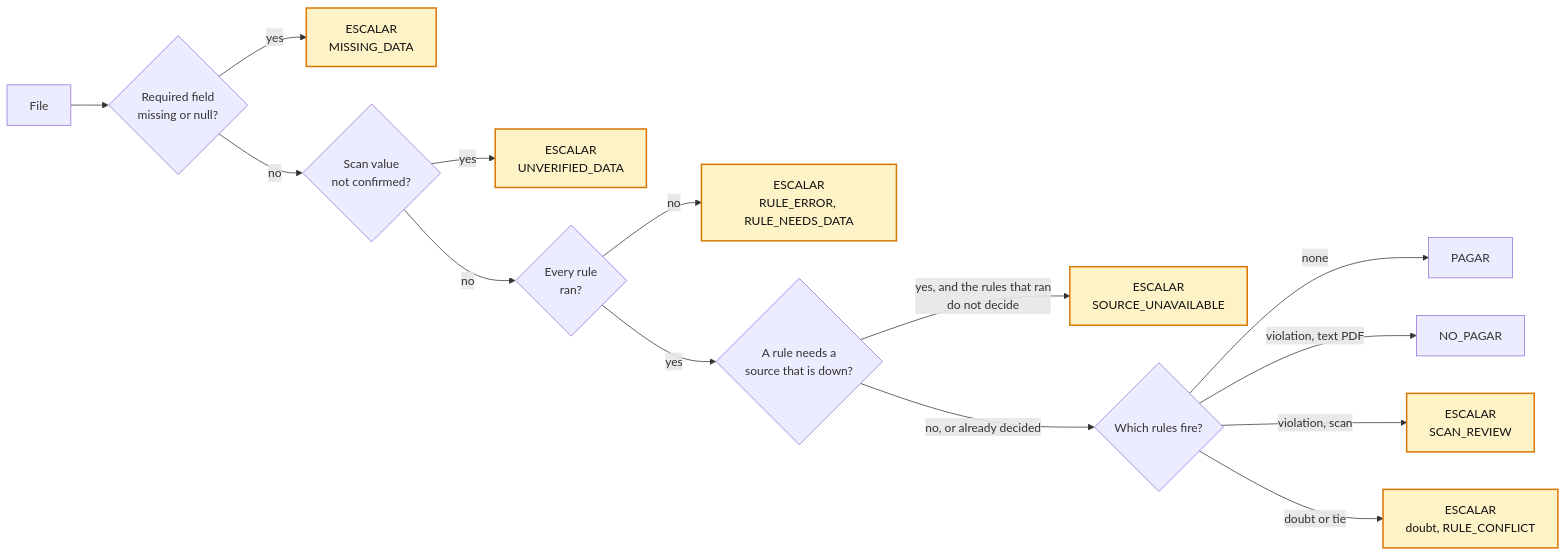
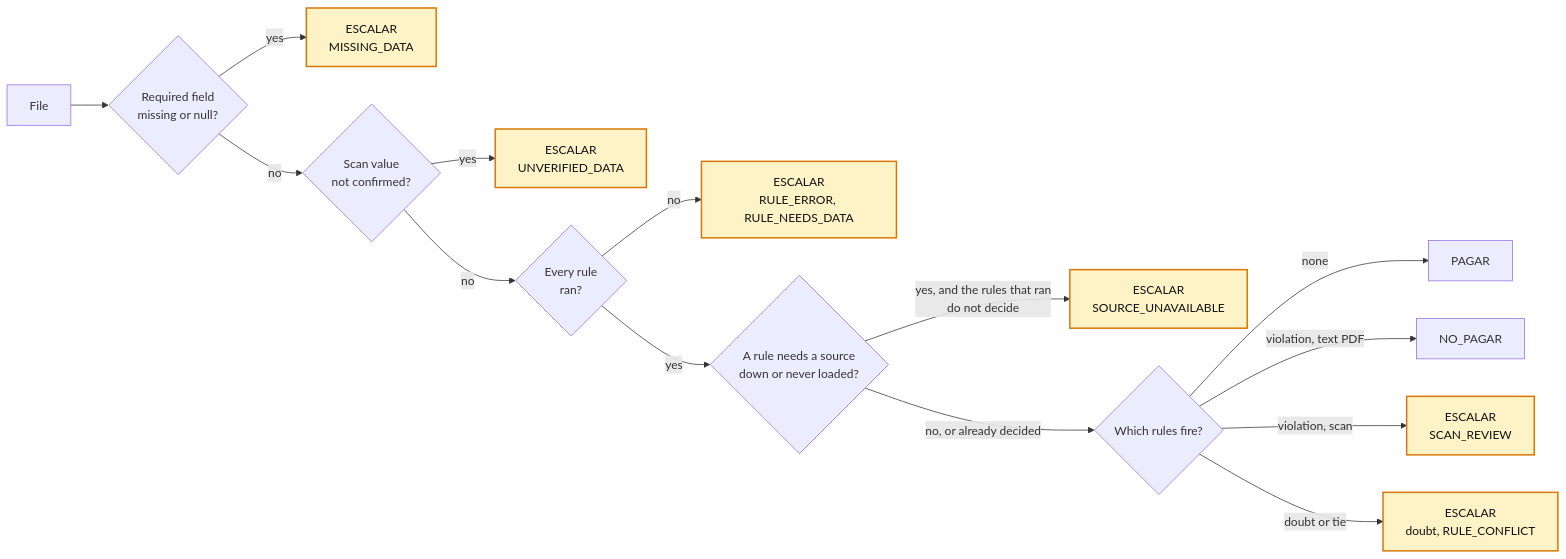
Before and after one commit to Martinhdeez/trace-it: the diagram in docs/adr/B-when-in-doubt-escalate.md, drawn with Mermaid. The commit also changed other lines of this file and 8 other files, not shown here.

First line of the commit message:
fix(decisions): a source a rule reads but never loaded escalates, not an empty table (#118)

````diff
--- a/docs/adr/B-when-in-doubt-escalate.md
+++ b/docs/adr/B-when-in-doubt-escalate.md
@@ -35,18 +36,18 @@
 ```mermaid
 flowchart LR
   F["File"] --> M{"Required field<br/>missing or null?"}
   M -- yes --> E1["ESCALAR<br/>MISSING_DATA"]
   M -- no --> U{"Scan value<br/>not confirmed?"}
   U -- yes --> E2["ESCALAR<br/>UNVERIFIED_DATA"]
   U -- no --> R{"Every rule<br/>ran?"}
   R -- no --> E3["ESCALAR<br/>RULE_ERROR, RULE_NEEDS_DATA"]
-  R -- yes --> SRC{"A rule needs a<br/>source that is down?"}
+  R -- yes --> SRC{"A rule needs a source<br/>down or never loaded?"}
   SRC -- "yes, and the rules that ran<br/>do not decide" --> E6["ESCALAR<br/>SOURCE_UNAVAILABLE"]
   SRC -- "no, or already decided" --> V{"Which rules fire?"}
   V -- none --> P["PAGAR"]
   V -- "violation, text PDF" --> NP["NO_PAGAR"]
   V -- "violation, scan" --> E4["ESCALAR<br/>SCAN_REVIEW"]
   V -- "doubt or tie" --> E5["ESCALAR<br/>doubt, RULE_CONFLICT"]
   classDef kb fill:#fef3c7,stroke:#d97706,stroke-width:2px,color:#111
   class E1,E2,E3,E4,E5,E6 kb
 ```
````
